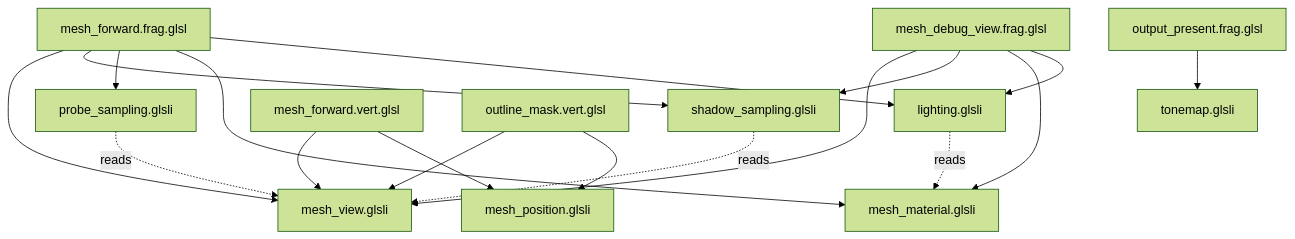
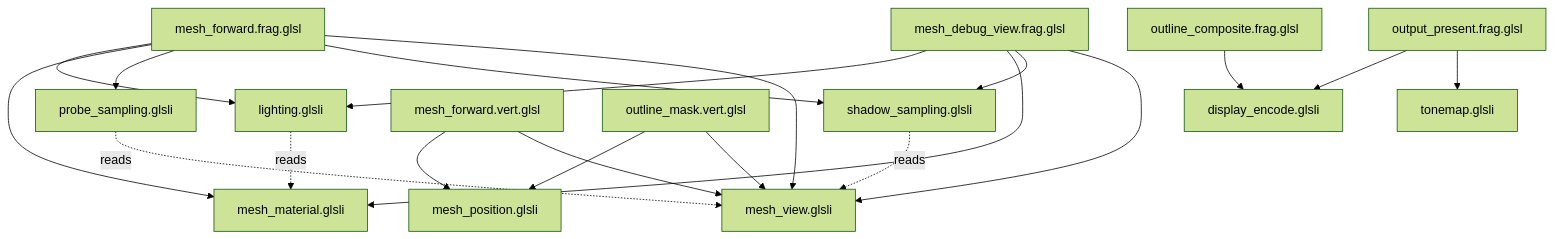
Before and after one commit to GavynBryan/Sencha: the diagram in docs/renderer/shaders.md, drawn with Mermaid (forest theme). The commit also changed other lines of this file and 10 other files, not shown here.

First line of the commit message:
Give the outline composite its own pass and push block

````diff
--- a/docs/renderer/shaders.md
+++ b/docs/renderer/shaders.md
@@ -32,20 +34,22 @@
 ```mermaid
 graph TD
   frag[mesh_forward.frag.glsl] --> frame[mesh_view.glsli]
   frag --> shadow[shadow_sampling.glsli]
   frag --> probe[probe_sampling.glsli]
   frag --> mat[mesh_material.glsli]
   frag --> light[lighting.glsli]
   dbg[mesh_debug_view.frag.glsl] --> frame
   dbg --> shadow
   dbg --> mat
   dbg --> light
   vert[mesh_forward.vert.glsl] --> frame
   vert --> pos[mesh_position.glsli]
   mask[outline_mask.vert.glsl] --> frame
   mask --> pos
   out[output_present.frag.glsl] --> tone[tonemap.glsli]
+  out --> enc[display_encode.glsli]
+  comp[outline_composite.frag.glsl] --> enc
   shadow -.reads.-> frame
   probe -.reads.-> frame
   light -.reads.-> mat
 ```
````
